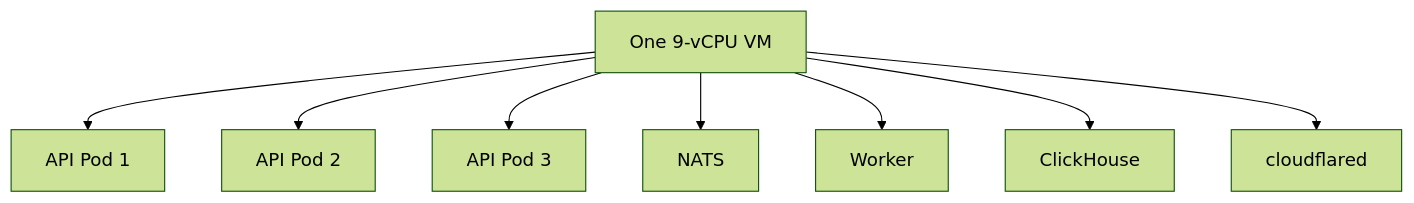
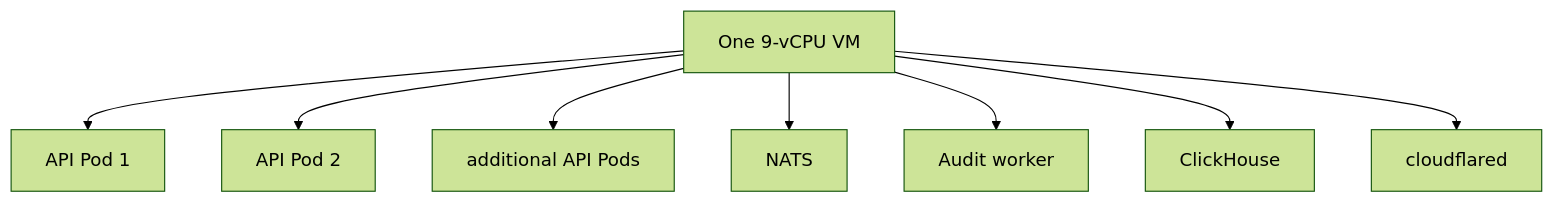
The eighth of 14 diagrams in docs/KUBERNETES.md (Jstarzz/geotagger), drawn with Mermaid (forest theme) before and after one commit. The commit also changed other lines of this file, not shown here.

Commit message:
docs: fix Mermaid and tighten Kubernetes guide

````diff
--- a/docs/KUBERNETES.md
+++ b/docs/KUBERNETES.md
@@ -298,11 +173,10 @@
 ```mermaid
 flowchart TB
-    VM[One 9-vCPU VM]
-    VM --> A1[API Pod 1]
-    VM --> A2[API Pod 2]
-    VM --> A3[API Pod 3]
-    VM --> N[NATS]
-    VM --> W[Worker]
-    VM --> C[ClickHouse]
-    VM --> CF[cloudflared]
+    VM["One 9-vCPU VM"] --> API1["API Pod 1"]
+    VM --> API2["API Pod 2"]
+    VM --> APIN["additional API Pods"]
+    VM --> NATS["NATS"]
+    VM --> WORKER["Audit worker"]
+    VM --> CH["ClickHouse"]
+    VM --> CFD["cloudflared"]
 ```
````
